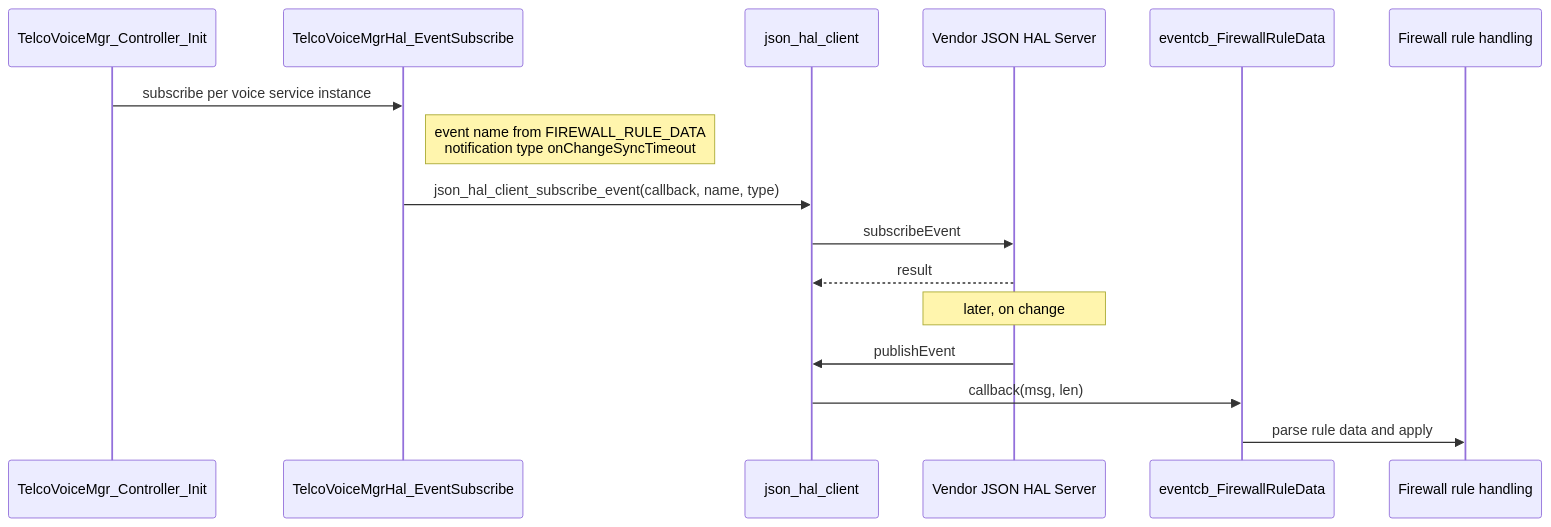
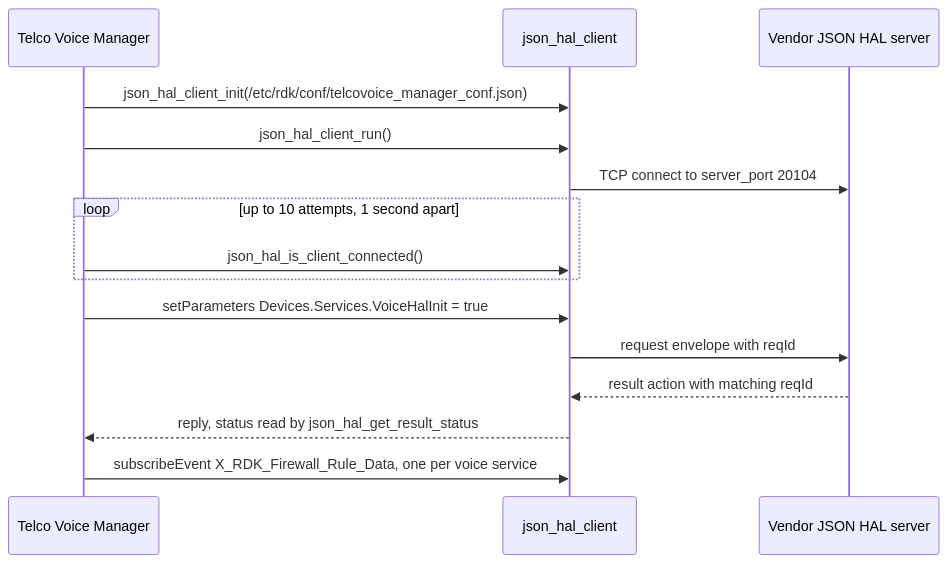
One commit to Blitzy-Sky/telco-voice-manager changed the second of 2 diagrams in README.md. Above: the diagram before and after it, drawn with Mermaid. The commit also changed other lines of this file and 9 other files, not shown here.

Commit message:
Add the Telco Voice JSON HAL interface specification, per-parameter reference and documentation scaffold

````diff
--- a/README.md
+++ b/README.md
@@ -615,19 +202,17 @@
 ```mermaid
 sequenceDiagram
-    participant Ctrl as TelcoVoiceMgr_Controller_Init
-    participant Hal as TelcoVoiceMgrHal_EventSubscribe
+    participant Mgr as Telco Voice Manager
     participant Lib as json_hal_client
-    participant Srv as Vendor JSON HAL Server
-    participant Cb as eventcb_FirewallRuleData
-    participant Fw as Firewall rule handling
-
-    Ctrl->>Hal: subscribe per voice service instance
-    Note right of Hal: event name from FIREWALL_RULE_DATA<br>notification type onChangeSyncTimeout
-    Hal->>Lib: json_hal_client_subscribe_event(callback, name, type)
-    Lib->>Srv: subscribeEvent
-    Srv-->>Lib: result
-    Note over Srv: later, on change
-    Srv->>Lib: publishEvent
-    Lib->>Cb: callback(msg, len)
-    Cb->>Fw: parse rule data and apply
+    participant Srv as Vendor JSON HAL server
+    Mgr->>Lib: json_hal_client_init(/etc/rdk/conf/telcovoice_manager_conf.json)
+    Mgr->>Lib: json_hal_client_run()
+    Lib->>Srv: TCP connect to server_port 20104
+    loop up to 10 attempts, 1 second apart
+        Mgr->>Lib: json_hal_is_client_connected()
+    end
+    Mgr->>Lib: setParameters Devices.Services.VoiceHalInit = true
+    Lib->>Srv: request envelope with reqId
+    Srv-->>Lib: result action with matching reqId
+    Lib-->>Mgr: reply, status read by json_hal_get_result_status
+    Mgr->>Lib: subscribeEvent X_RDK_Firewall_Rule_Data, one per voice service
 ```
````
